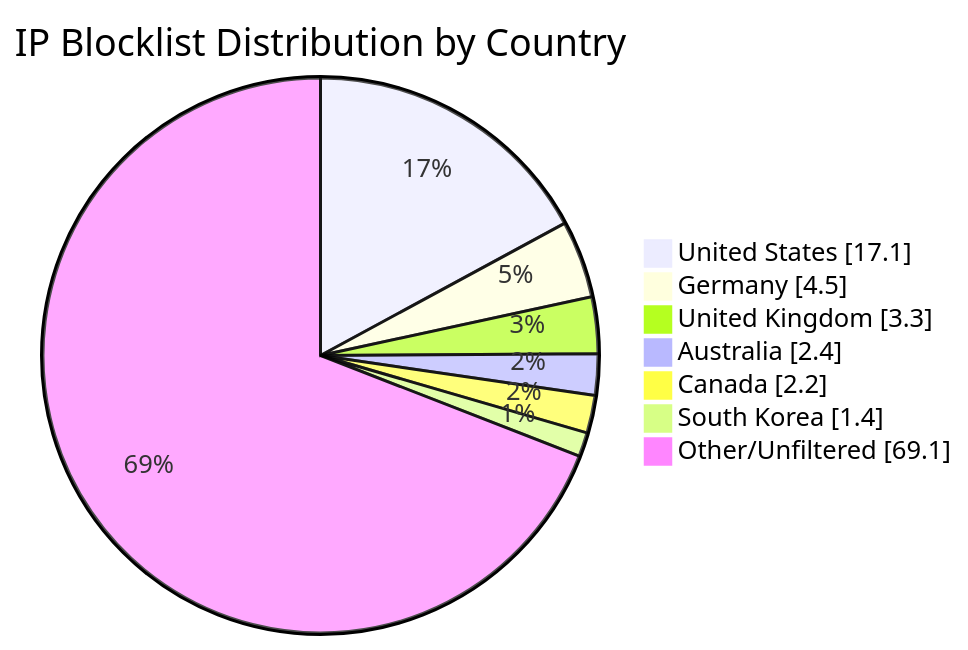
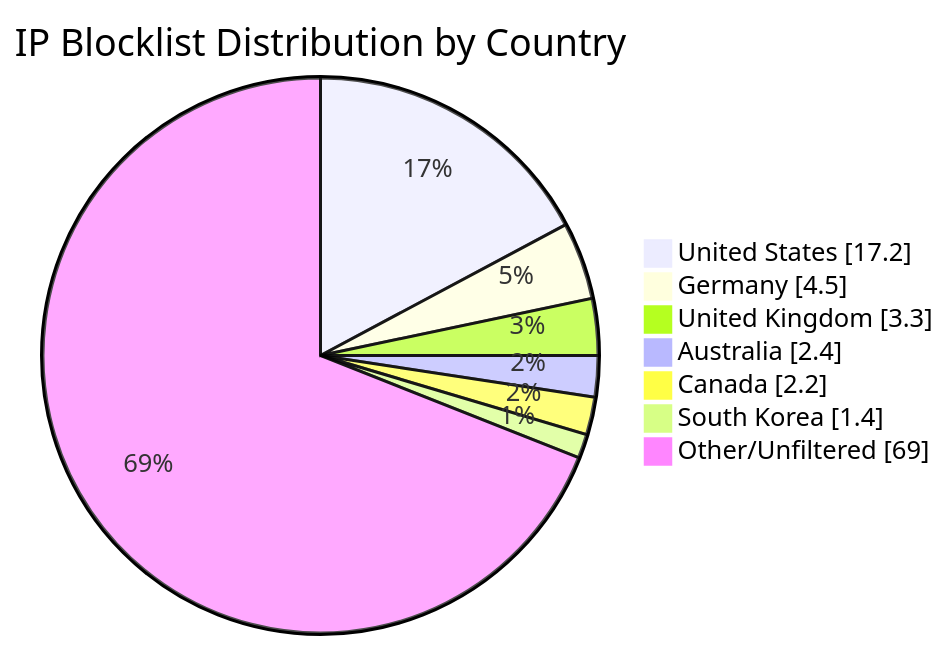
The diagram in README.md (MarcusHoltz/ipblocklist-geofiltered-aggregator), drawn with Mermaid before and after one commit. The commit also changed other lines of this file and 9 other files, not shown here.

````diff
--- a/README.md
+++ b/README.md
@@ -34,10 +34,10 @@
 ```mermaid
 pie showData title IP Blocklist Distribution by Country
-"United States" : 17.1
+"United States" : 17.2
 "Germany" : 4.5
 "United Kingdom" : 3.3
 "Australia" : 2.4
 "Canada" : 2.2
 "South Korea" : 1.4
-"Other/Unfiltered" : 69.1
+"Other/Unfiltered" : 69.0
 ```
````
